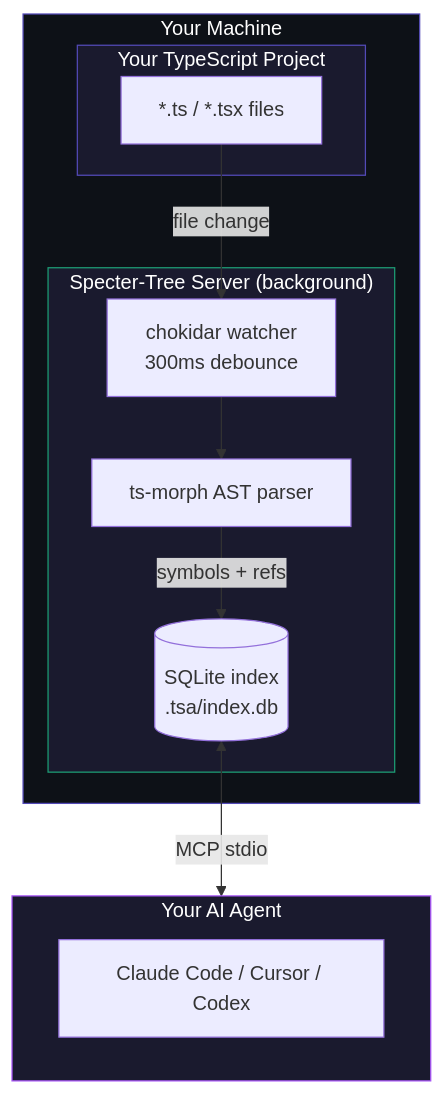
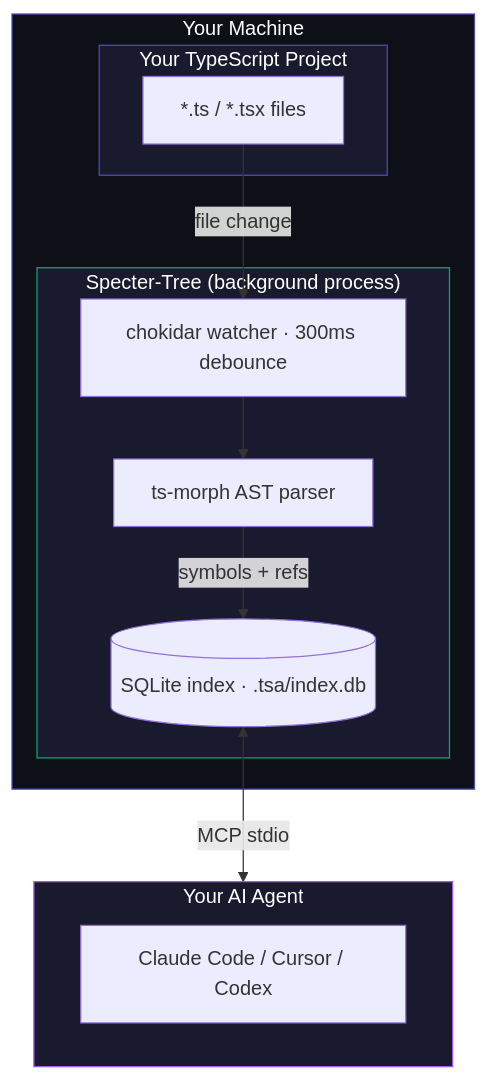
One commit to DinoQuinten/specter-tree changed the diagram in README.md. Above: the diagram before and after it, drawn with Mermaid. The commit also changed other lines of this file, not shown here.

````diff
--- a/README.md
+++ b/README.md
@@ -224,28 +211,24 @@
 ```mermaid
 flowchart TB
     subgraph YourMachine["Your Machine"]
         subgraph Project["Your TypeScript Project"]
             FS["*.ts / *.tsx files"]
         end
-
-        subgraph Server["Specter-Tree Server (background)"]
-            CK["chokidar watcher\n300ms debounce"]
+        subgraph Server["Specter-Tree (background process)"]
+            CK["chokidar watcher · 300ms debounce"]
             PM["ts-morph AST parser"]
-            DB[("SQLite index\n.tsa/index.db")]
+            DB[("SQLite index · .tsa/index.db")]
         end
     end
-
     subgraph Agent["Your AI Agent"]
         CC["Claude Code / Cursor / Codex"]
     end
-
     FS -->|file change| CK
     CK --> PM
     PM -->|symbols + refs| DB
     DB <-->|MCP stdio| Agent
-
     style YourMachine fill:#0d1117,stroke:#534AB7,color:#fff
     style Project fill:#1a1a2e,stroke:#534AB7,color:#fff
     style Server fill:#1a1a2e,stroke:#1D9E75,color:#fff
     style Agent fill:#1a1a2e,stroke:#a855f7,color:#fff
 ```
````
